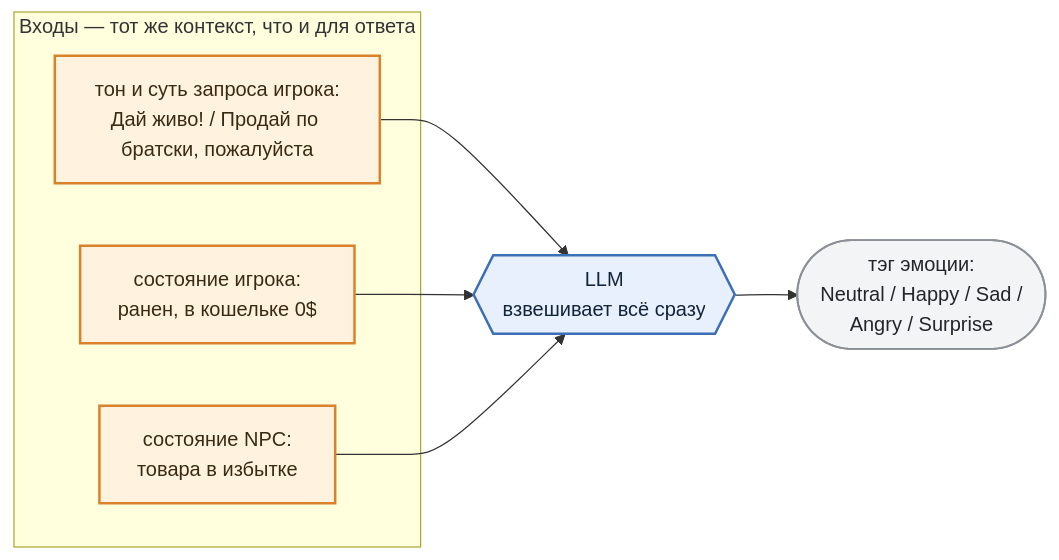
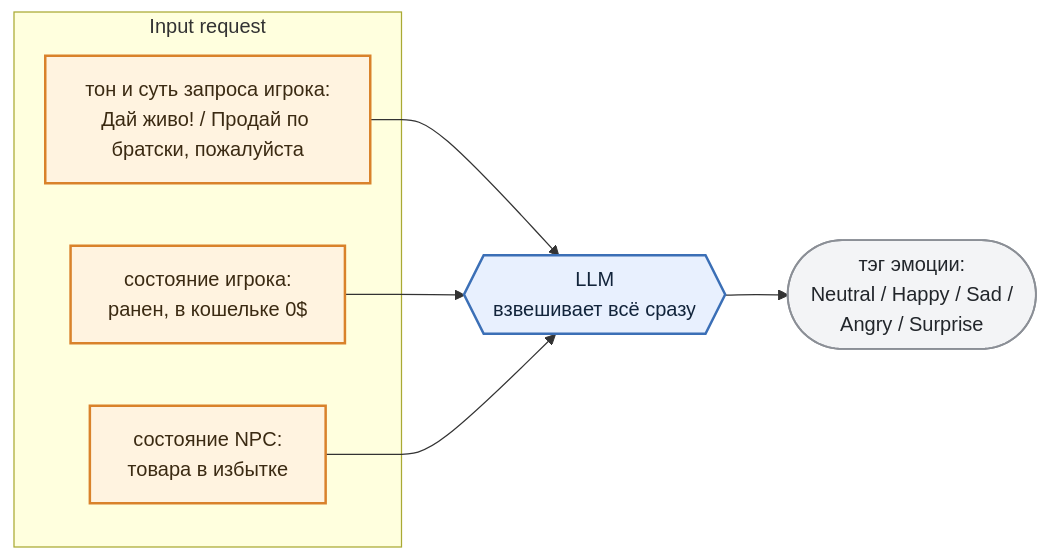
One commit to MimusTriurus/ullama_demo changed the first of 2 diagrams in docs/parts/section-03-emotions.md. Above: the diagram before and after it, drawn with Mermaid. The commit also changed other lines of this file and 2 other files, not shown here.

````diff
--- a/docs/parts/section-03-emotions.md
+++ b/docs/parts/section-03-emotions.md
@@ -17,25 +5,25 @@
 ```mermaid
 flowchart LR
-    subgraph in["Входы — тот же контекст, что и для ответа"]
+    subgraph in["Input request"]
         TONE["тон и суть запроса игрока:<br/>Дай живо! / Продай по братски, пожалуйста"]
         US["состояние игрока:<br/>ранен, в кошельке 0$"]
         NS["состояние NPC:<br/>товара в избытке"]
     end
 
     LLM{{"LLM<br/>взвешивает всё сразу"}}
 
     TAG(["тэг эмоции:<br/>Neutral / Happy / Sad /<br/>Angry / Surprise"])
 
     TONE --> LLM
     US --> LLM
     NS --> LLM
     LLM --> TAG
 
     classDef state fill:#fff3e0,stroke:#d9822b,stroke-width:2px,color:#3b2a12
     classDef engine fill:#e8f0fe,stroke:#3b6fb6,stroke-width:2px,color:#12243b
     classDef edge fill:#f3f4f6,stroke:#8b8f96,stroke-width:1.5px,color:#22262b
 
     class TONE,US,NS state
     class LLM engine
     class TAG edge
 ```
````
